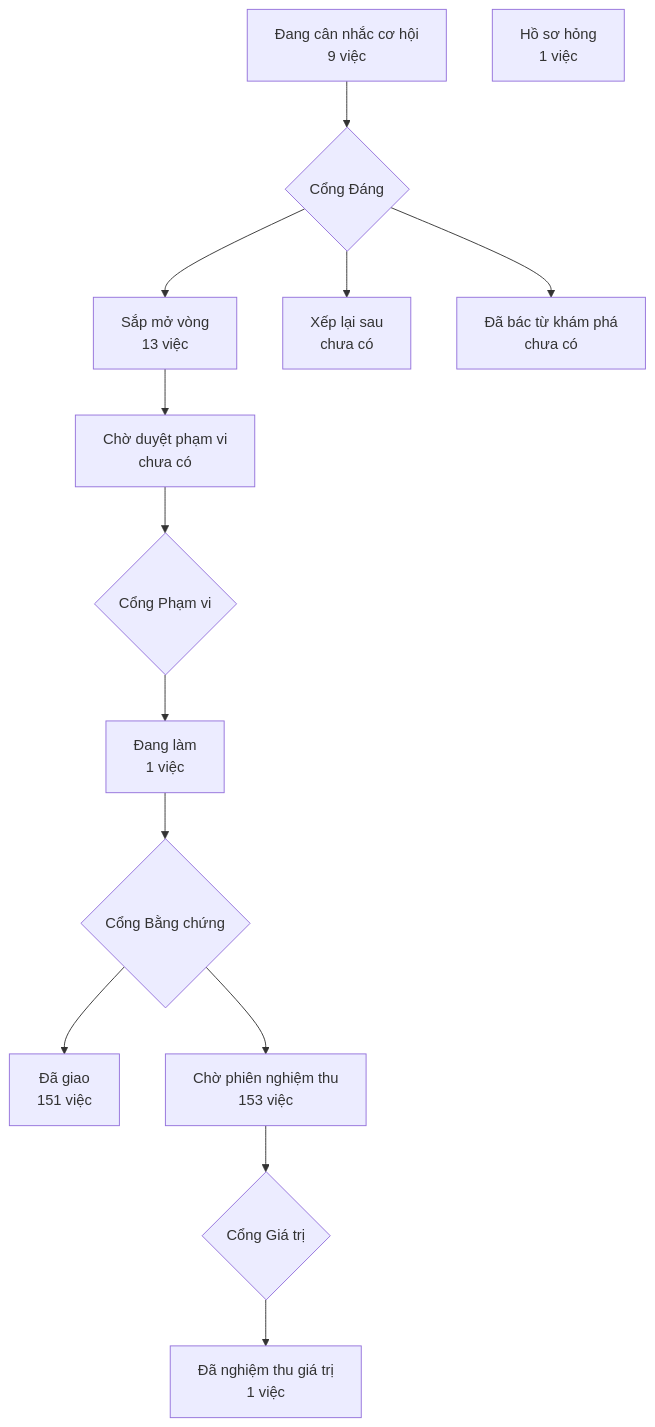
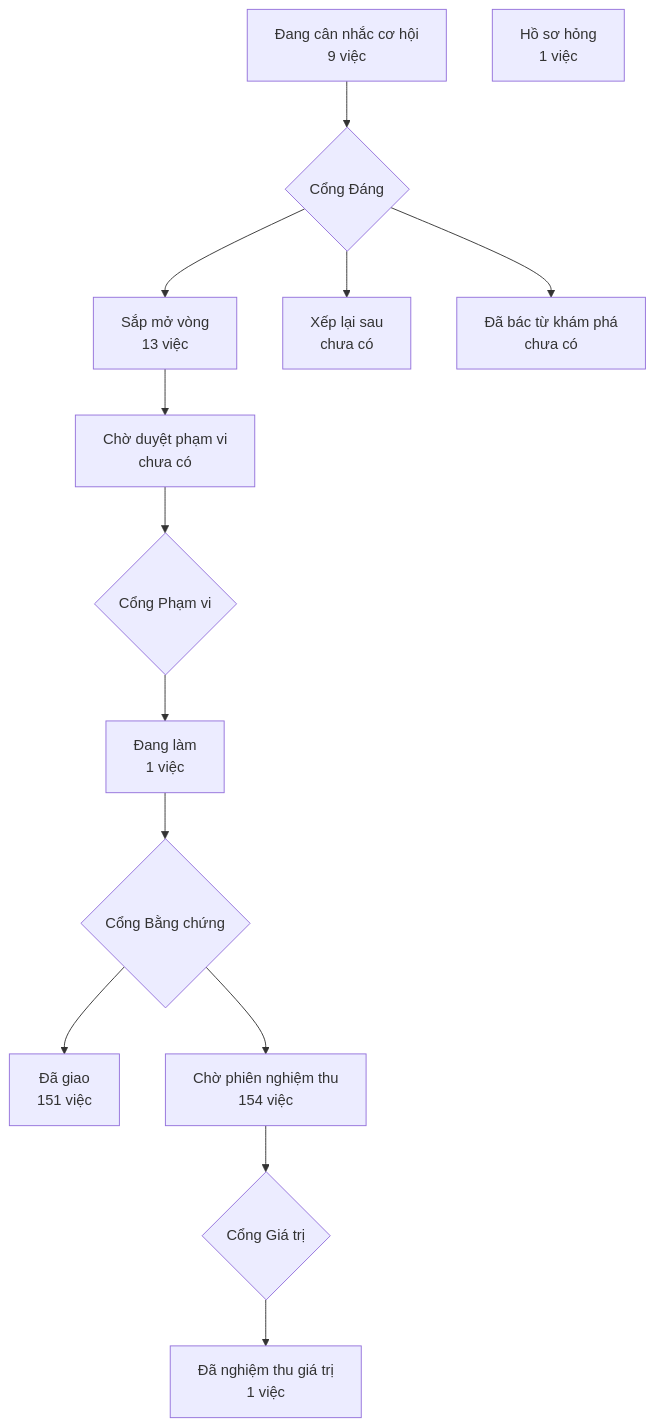
One commit to phanlemanh/crm-onehub changed the diagram in PRODUCT-MAP.md. Above: the diagram before and after it, drawn with Mermaid. The commit also changed other lines of this file and 1 other file, not shown here.

Commit message:
docs(chu-may-sinh-ten-moi): vẽ lại bản đồ sau gộp onehub (#501)

````diff
--- a/PRODUCT-MAP.md
+++ b/PRODUCT-MAP.md
@@ -7,13 +7,13 @@
 ```mermaid
 flowchart TD
   A["Đang cân nhắc cơ hội<br/>9 việc"] --> GD{"Cổng Đáng"}
   GD --> B["Sắp mở vòng<br/>13 việc"]
   GD --> XL["Xếp lại sau<br/>chưa có"]
   GD --> DB["Đã bác từ khám phá<br/>chưa có"]
   B --> CD["Chờ duyệt phạm vi<br/>chưa có"] --> GP{"Cổng Phạm vi"}
   GP --> DL["Đang làm<br/>1 việc"] --> GB{"Cổng Bằng chứng"}
   GB --> DG["Đã giao<br/>151 việc"]
-  GB --> CN["Chờ phiên nghiệm thu<br/>153 việc"] --> GG{"Cổng Giá trị"}
+  GB --> CN["Chờ phiên nghiệm thu<br/>154 việc"] --> GG{"Cổng Giá trị"}
   GG --> NT["Đã nghiệm thu giá trị<br/>1 việc"]
   HS["Hồ sơ hỏng<br/>1 việc"]
 ```
````
